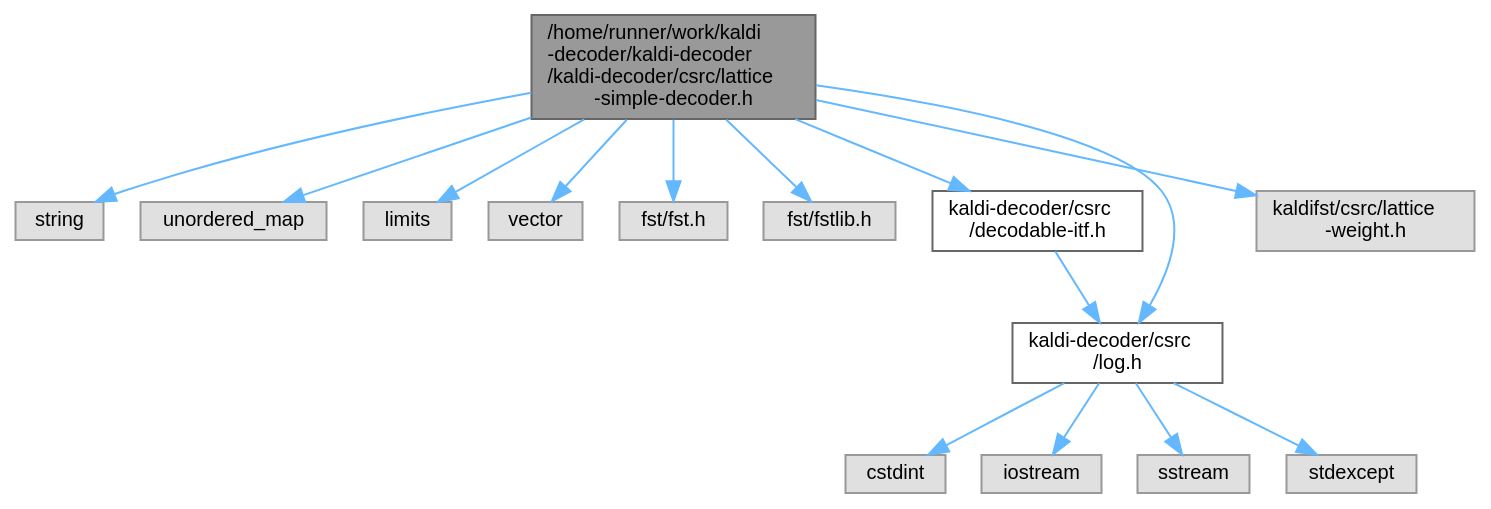
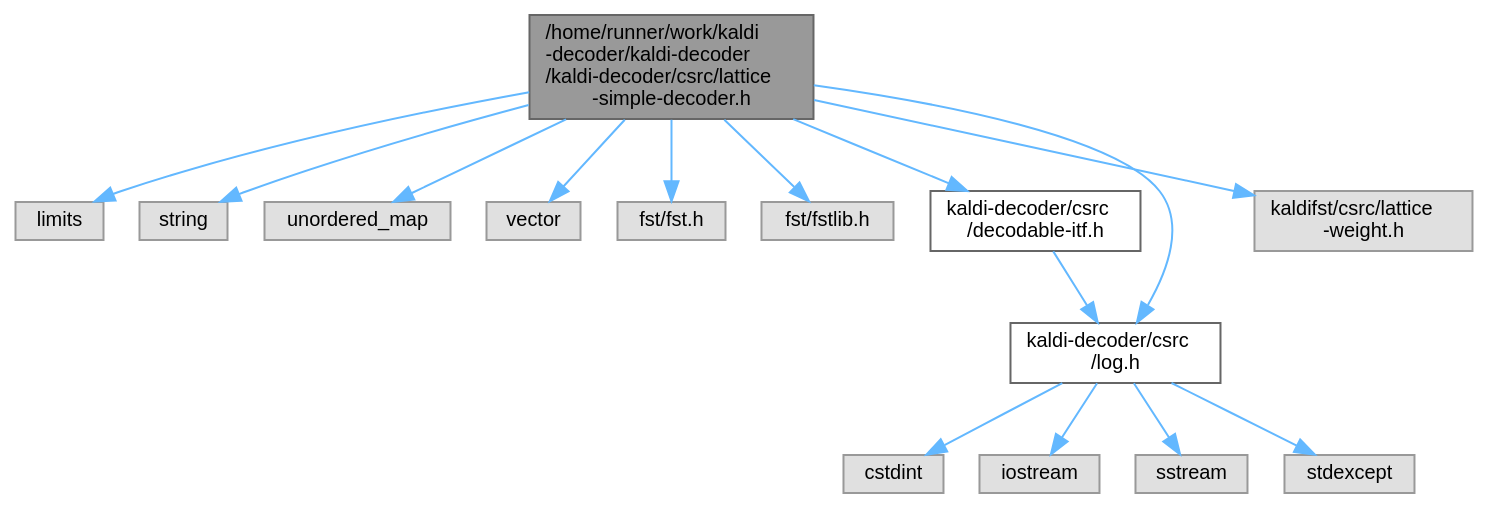
The diagram in cpp-api-doxygen/lattice-simple-decoder_8h__incl.dot (csukuangfj/kaldi-decoder), drawn with Graphviz before and after one commit. The commit also changed 52 other files, not shown here.

```diff
--- a/cpp-api-doxygen/lattice-simple-decoder_8h__incl.dot
+++ b/cpp-api-doxygen/lattice-simple-decoder_8h__incl.dot
@@ -1,35 +1,35 @@
 digraph "/home/runner/work/kaldi-decoder/kaldi-decoder/kaldi-decoder/csrc/lattice-simple-decoder.h"
 {
  // LATEX_PDF_SIZE
   bgcolor="transparent";
   edge [fontname=Helvetica,fontsize=10,labelfontname=Helvetica,labelfontsize=10];
   node [fontname=Helvetica,fontsize=10,shape=box,height=0.2,width=0.4];
   Node1 [id="Node000001",label="/home/runner/work/kaldi\l-decoder/kaldi-decoder\l/kaldi-decoder/csrc/lattice\l-simple-decoder.h",height=0.2,width=0.4,color="gray40", fillcolor="grey60", style="filled", fontcolor="black",tooltip="Lattice-generating Viterbi decoder (kaldi's LatticeSimpleDecoder)."];
   Node1 -> Node2 [id="edge1_Node000001_Node000002",color="steelblue1",style="solid",tooltip=" "];
-  Node2 [id="Node000002",label="string",height=0.2,width=0.4,color="grey60", fillcolor="#E0E0E0", style="filled",tooltip=" "];
+  Node2 [id="Node000002",label="limits",height=0.2,width=0.4,color="grey60", fillcolor="#E0E0E0", style="filled",tooltip=" "];
   Node1 -> Node3 [id="edge2_Node000001_Node000003",color="steelblue1",style="solid",tooltip=" "];
-  Node3 [id="Node000003",label="unordered_map",height=0.2,width=0.4,color="grey60", fillcolor="#E0E0E0", style="filled",tooltip=" "];
+  Node3 [id="Node000003",label="string",height=0.2,width=0.4,color="grey60", fillcolor="#E0E0E0", style="filled",tooltip=" "];
   Node1 -> Node4 [id="edge3_Node000001_Node000004",color="steelblue1",style="solid",tooltip=" "];
-  Node4 [id="Node000004",label="limits",height=0.2,width=0.4,color="grey60", fillcolor="#E0E0E0", style="filled",tooltip=" "];
+  Node4 [id="Node000004",label="unordered_map",height=0.2,width=0.4,color="grey60", fillcolor="#E0E0E0", style="filled",tooltip=" "];
   Node1 -> Node5 [id="edge4_Node000001_Node000005",color="steelblue1",style="solid",tooltip=" "];
   Node5 [id="Node000005",label="vector",height=0.2,width=0.4,color="grey60", fillcolor="#E0E0E0", style="filled",tooltip=" "];
   Node1 -> Node6 [id="edge5_Node000001_Node000006",color="steelblue1",style="solid",tooltip=" "];
   Node6 [id="Node000006",label="fst/fst.h",height=0.2,width=0.4,color="grey60", fillcolor="#E0E0E0", style="filled",tooltip=" "];
   Node1 -> Node7 [id="edge6_Node000001_Node000007",color="steelblue1",style="solid",tooltip=" "];
   Node7 [id="Node000007",label="fst/fstlib.h",height=0.2,width=0.4,color="grey60", fillcolor="#E0E0E0", style="filled",tooltip=" "];
   Node1 -> Node8 [id="edge7_Node000001_Node000008",color="steelblue1",style="solid",tooltip=" "];
   Node8 [id="Node000008",label="kaldi-decoder/csrc\l/decodable-itf.h",height=0.2,width=0.4,color="grey40", fillcolor="white", style="filled",URL="$decodable-itf_8h.html",tooltip="The scoring interface between acoustic models and the decoders."];
   Node8 -> Node9 [id="edge8_Node000008_Node000009",color="steelblue1",style="solid",tooltip=" "];
   Node9 [id="Node000009",label="kaldi-decoder/csrc\l/log.h",height=0.2,width=0.4,color="grey40", fillcolor="white", style="filled",URL="$log_8h.html",tooltip=" "];
   Node9 -> Node10 [id="edge9_Node000009_Node000010",color="steelblue1",style="solid",tooltip=" "];
   Node10 [id="Node000010",label="cstdint",height=0.2,width=0.4,color="grey60", fillcolor="#E0E0E0", style="filled",tooltip=" "];
   Node9 -> Node11 [id="edge10_Node000009_Node000011",color="steelblue1",style="solid",tooltip=" "];
   Node11 [id="Node000011",label="iostream",height=0.2,width=0.4,color="grey60", fillcolor="#E0E0E0", style="filled",tooltip=" "];
   Node9 -> Node12 [id="edge11_Node000009_Node000012",color="steelblue1",style="solid",tooltip=" "];
   Node12 [id="Node000012",label="sstream",height=0.2,width=0.4,color="grey60", fillcolor="#E0E0E0", style="filled",tooltip=" "];
   Node9 -> Node13 [id="edge12_Node000009_Node000013",color="steelblue1",style="solid",tooltip=" "];
   Node13 [id="Node000013",label="stdexcept",height=0.2,width=0.4,color="grey60", fillcolor="#E0E0E0", style="filled",tooltip=" "];
   Node1 -> Node9 [id="edge13_Node000001_Node000009",color="steelblue1",style="solid",tooltip=" "];
   Node1 -> Node14 [id="edge14_Node000001_Node000014",color="steelblue1",style="solid",tooltip=" "];
   Node14 [id="Node000014",label="kaldifst/csrc/lattice\l-weight.h",height=0.2,width=0.4,color="grey60", fillcolor="#E0E0E0", style="filled",tooltip=" "];
 }
```
